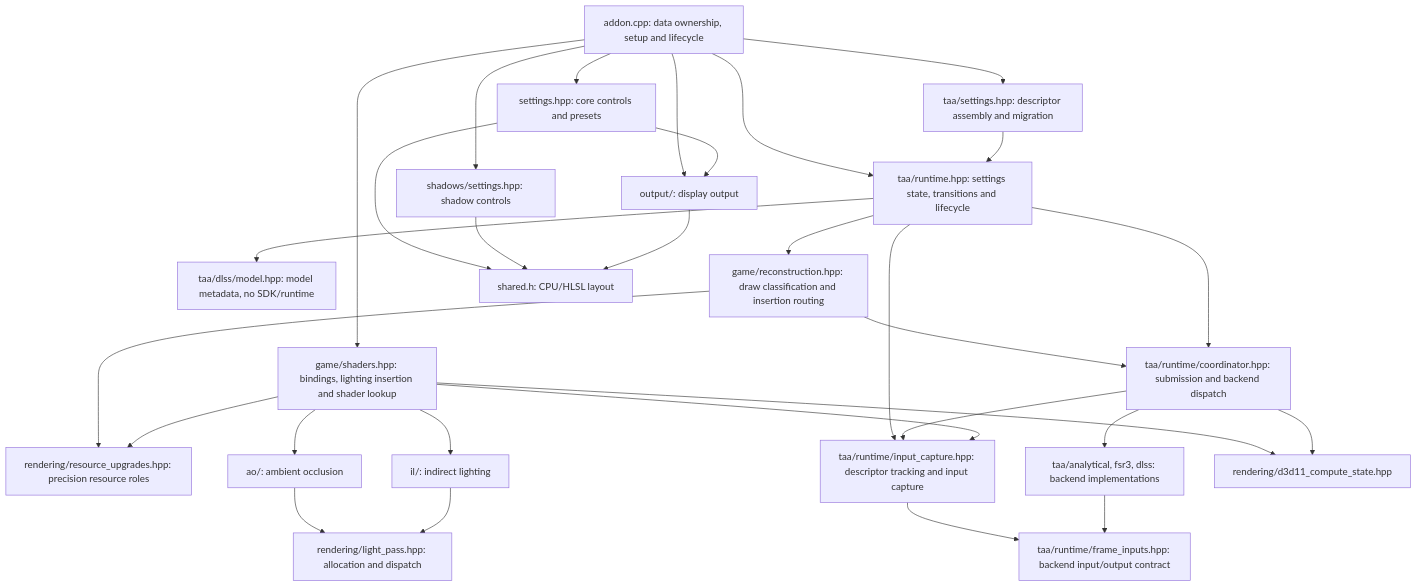
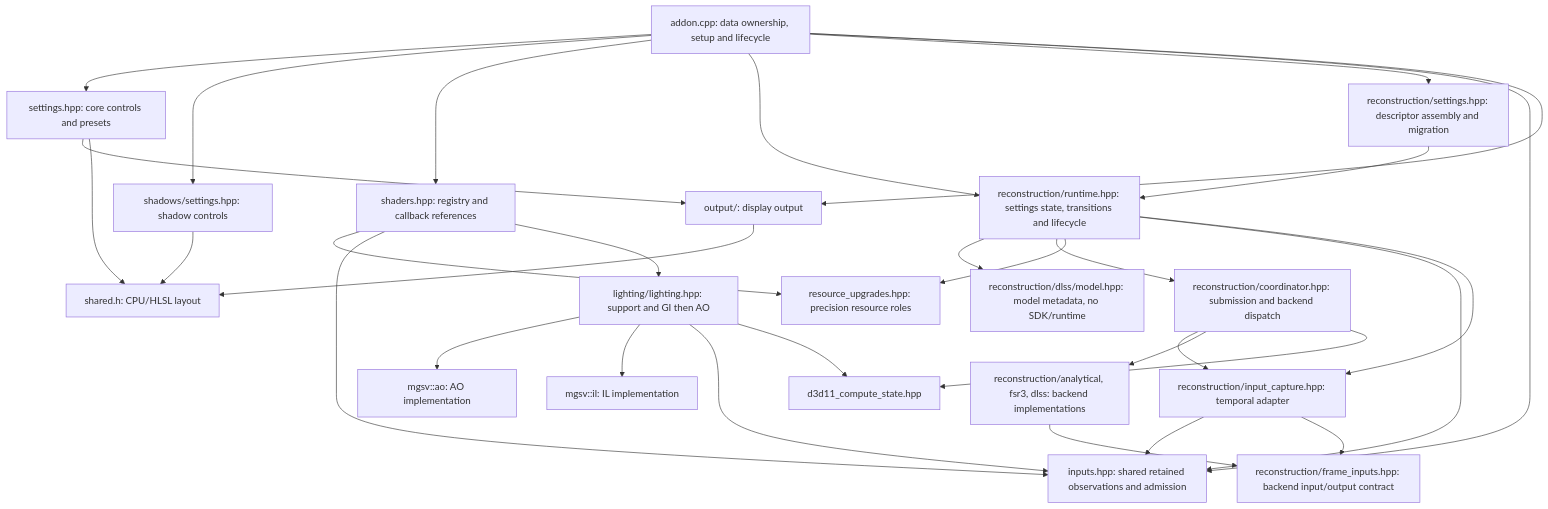
One commit to mqhaji/renodx changed the diagram in src/games/mgsv/docs/ARCHITECTURE.md. Above: the diagram before and after it, drawn with Mermaid. The commit also changed other lines of this file and 168 other files, not shown here.

First line of the commit message:
refactor(mgsv): simplify rendering code and share game inputs

````diff
--- a/src/games/mgsv/docs/ARCHITECTURE.md
+++ b/src/games/mgsv/docs/ARCHITECTURE.md
@@ -21,32 +33,33 @@
 ```mermaid
 flowchart TD
     Entry["addon.cpp: data ownership, setup and lifecycle"] --> Core["settings.hpp: core controls and presets"]
     Entry --> Shadows["shadows/settings.hpp: shadow controls"]
-    Entry --> Registry["game/shaders.hpp: bindings, lighting insertion and shader lookup"]
-    Entry --> Runtime["taa/runtime.hpp: settings state, transitions and lifecycle"]
-    Entry --> TemporalSettings["taa/settings.hpp: descriptor assembly and migration"]
+    Entry --> Registry["shaders.hpp: registry and callback references"]
+    Entry --> Runtime["reconstruction/runtime.hpp: settings state, transitions and lifecycle"]
+    Entry --> TemporalSettings["reconstruction/settings.hpp: descriptor assembly and migration"]
     TemporalSettings --> Runtime
-    Runtime --> Model["taa/dlss/model.hpp: model metadata, no SDK/runtime"]
-    Runtime --> TemporalGame["game/reconstruction.hpp: draw classification and insertion routing"]
-    TemporalGame --> Coordinator["taa/runtime/coordinator.hpp: submission and backend dispatch"]
-    TemporalGame --> Precision
-    Runtime --> Coordinator
-    Runtime --> Capture["taa/runtime/input_capture.hpp: descriptor tracking and input capture"]
+    Runtime --> Model["reconstruction/dlss/model.hpp: model metadata, no SDK/runtime"]
+    Runtime --> Coordinator["reconstruction/coordinator.hpp: submission and backend dispatch"]
+    Runtime --> Precision
+    Entry --> Inputs["inputs.hpp: shared retained observations and admission"]
+    Runtime --> Inputs
+    Runtime --> Capture["reconstruction/input_capture.hpp: temporal adapter"]
+    Capture --> Inputs
     Coordinator --> Capture
-    Capture --> Contract["taa/runtime/frame_inputs.hpp: backend input/output contract"]
-    Coordinator --> Backends["taa/analytical, fsr3, dlss: backend implementations"]
+    Capture --> Contract["reconstruction/frame_inputs.hpp: backend input/output contract"]
+    Coordinator --> Backends["reconstruction/analytical, fsr3, dlss: backend implementations"]
     Backends --> Contract
     Entry --> Output["output/: display output"]
     Core --> Output
     Core --> Layout["shared.h: CPU/HLSL layout"]
     Shadows --> Layout
     Output --> Layout
-    Registry --> Precision["rendering/resource_upgrades.hpp: precision resource roles"]
-    Registry --> AO["ao/: ambient occlusion"]
-    Registry --> GI["il/: indirect lighting"]
-    Registry --> Capture
-    AO --> Lighting["rendering/light_pass.hpp: allocation and dispatch"]
-    GI --> Lighting
-    Registry --> State["rendering/d3d11_compute_state.hpp"]
+    Registry --> Precision["resource_upgrades.hpp: precision resource roles"]
+    Registry --> Inputs
+    Registry --> Lighting["lighting/lighting.hpp: support and GI then AO"]
+    Lighting --> AO["mgsv::ao: AO implementation"]
+    Lighting --> GI["mgsv::il: IL implementation"]
+    Lighting --> Inputs
+    Lighting --> State["d3d11_compute_state.hpp"]
     Coordinator --> State
 ```
````
